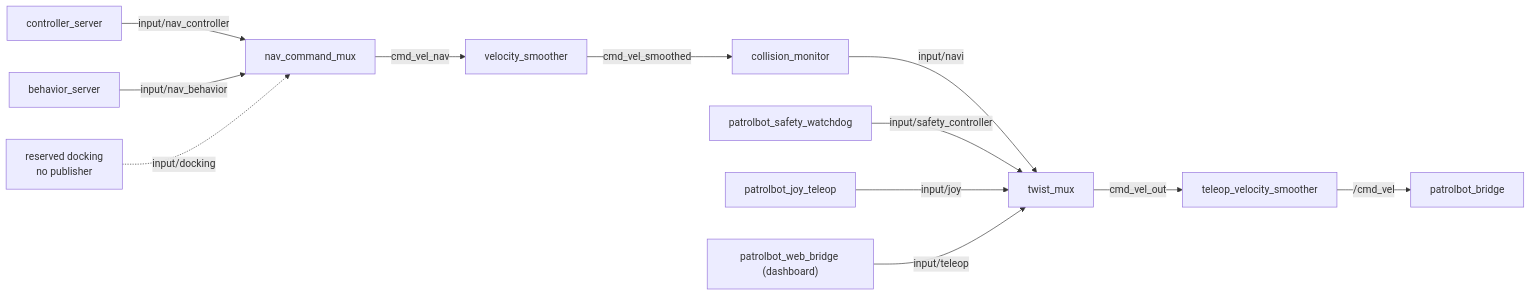
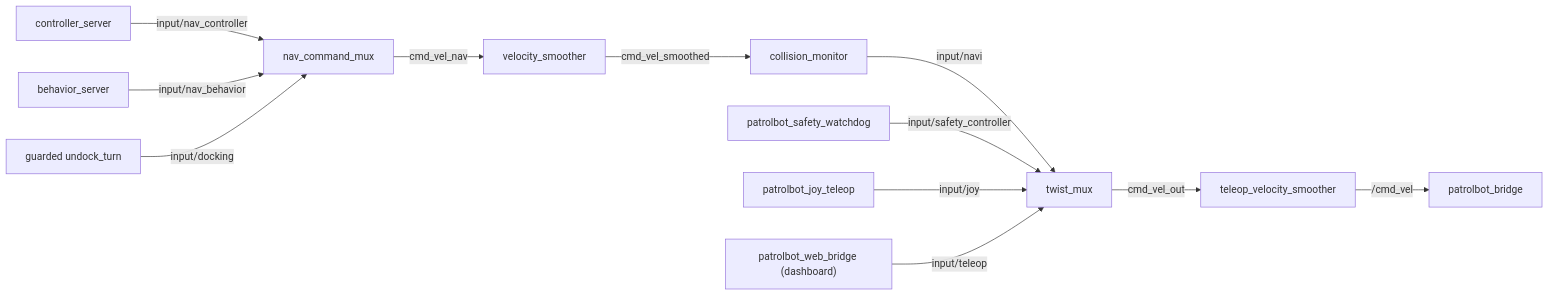
The diagram in docs/ros2/topics.md (cmu-impactlab/patrolbot), drawn with Mermaid before and after one commit. The commit also changed other lines of this file and 27 other files, not shown here.

````diff
--- a/docs/ros2/topics.md
+++ b/docs/ros2/topics.md
@@ -53,14 +53,14 @@
 ```mermaid
 flowchart LR
     A["controller_server"] -->|input/nav_controller| N["nav_command_mux"]
     H["behavior_server"] -->|input/nav_behavior| N
-    R["reserved docking\nno publisher"] -.->|input/docking| N
+    R["guarded undock_turn"] -->|input/docking| N
     N -->|cmd_vel_nav| B["velocity_smoother"]
     B -->|cmd_vel_smoothed| C["collision_monitor"]
     C -->|input/navi| D["twist_mux"]
     S["patrolbot_safety_watchdog"] -->|input/safety_controller| D
     J["patrolbot_joy_teleop"] -->|input/joy| D
     W["patrolbot_web_bridge (dashboard)"] -->|input/teleop| D
     D -->|cmd_vel_out| E["teleop_velocity_smoother"]
     E -->|/cmd_vel| F["patrolbot_bridge"]
 ```
````
